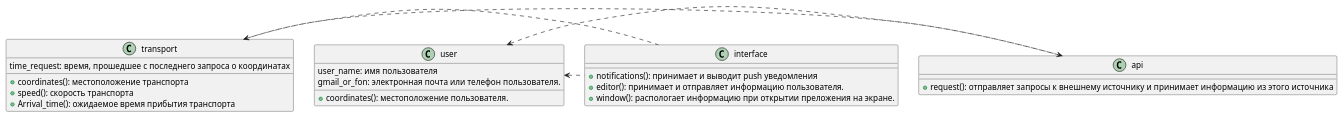
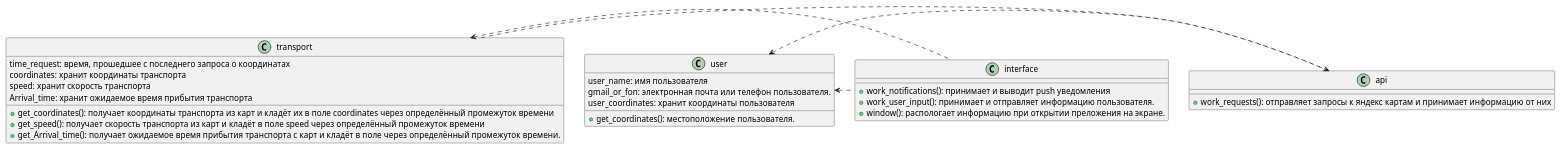
Before and after one commit to danila975/pi.danilalapshin: the diagram in реализация прототипа системы детализации информации о динамически перемещающихся объектах для людей с нарушением зрения/диаграммы/classes.wsd, drawn with PlantUML. The commit also changed 4 other files, not shown here.

Commit message:
исправил диаграммы и требования.

```diff
--- a/реализация прототипа системы детализации информации о динамически перемещающихся объектах для людей с нарушением зрения/диаграммы/classes.wsd
+++ b/реализация прототипа системы детализации информации о динамически перемещающихся объектах для людей с нарушением зрения/диаграммы/classes.wsd
@@ -1,34 +1,38 @@
 @startuml
 
 class transport
 {
   {field} time_request: время, прошедшее с последнего запроса о координатах
-{method} + coordinates(): местоположение транспорта
-{method} + speed(): скорость транспорта
-{method} + Arrival_time(): ожидаемое время прибытия транспорта
+  {field} coordinates: хранит координаты транспорта
+  {field} speed: хранит скорость транспорта
+  {field} Arrival_time: хранит ожидаемое время прибытия транспорта
+{method} + get_coordinates(): получает координаты транспорта из карт и кладёт их в поле coordinates через определённый промежуток времени
+{method} + get_speed(): получает скорость транспорта из карт и кладёт в поле speed через определённый промежуток времени
+{method} + get_Arrival_time(): получает ожидаемое время прибытия транспорта с карт и кладёт в поле  через определённый промежуток времени.
 }
 transport .> api
 
 class interface
 {
-{method} + notifications(): принимает и выводит push уведомления
-{method} + editor(): принимает и отправляет информацию пользователя.
+{method} + work_notifications(): принимает и выводит push уведомления
+{method} + work_user_input(): принимает и отправляет информацию пользователя.
 {method} + window(): распологает информацию при открытии преложения на экране.
 }
 transport <. interface
 
 class user
 {
   {field} user_name: имя пользователя
   {field} gmail_or_fon: электронная почта или телефон пользователя.
-{method} + coordinates(): местоположение пользователя.
+  {field} user_coordinates: хранит координаты пользователя
+{method} + get_coordinates(): местоположение пользователя.
 }
 user <. interface
 user <. api
 
 class api
 {
-{method} + request(): отправляет запросы к внешнему источнику и принимает информацию из этого источника
+{method} + work_requests(): отправляет запросы к яндекс картам и принимает информацию от них
 }
 
 @enduml
```
